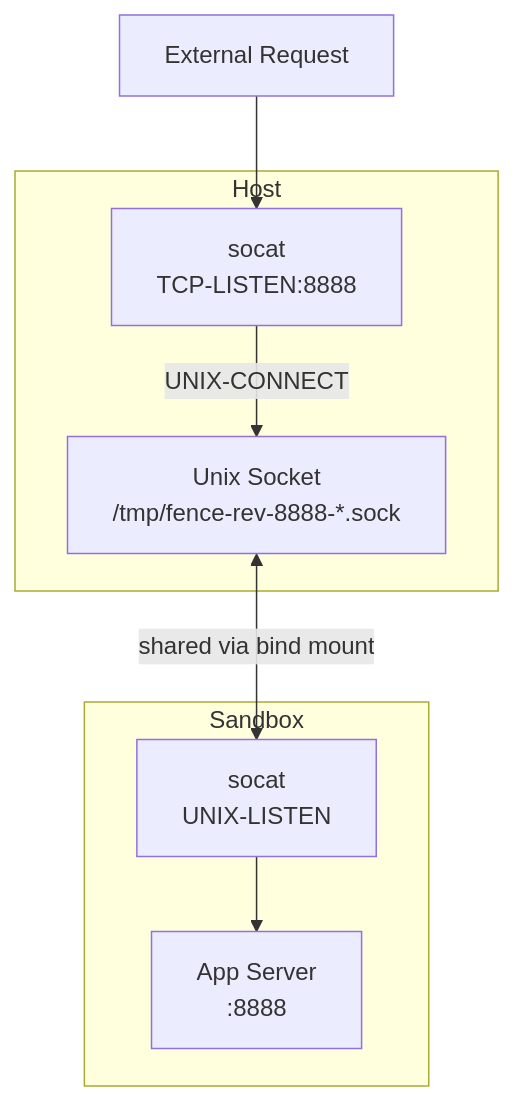
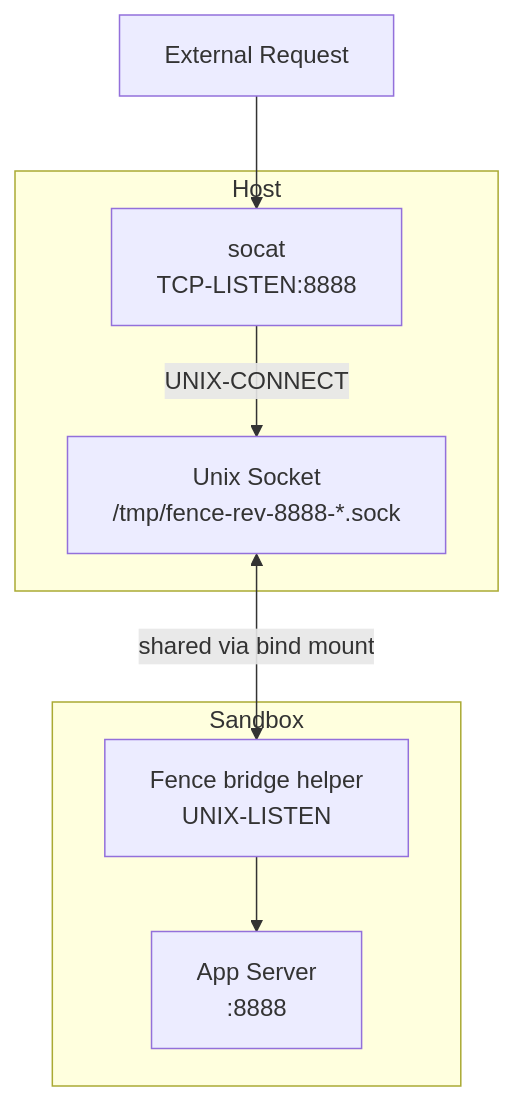
The fourth of 6 diagrams in ARCHITECTURE.md (Use-Tusk/fence), drawn with Mermaid before and after one commit. The commit also changed other lines of this file and 32 other files, not shown here.

````diff
--- a/ARCHITECTURE.md
+++ b/ARCHITECTURE.md
@@ -364,19 +380,19 @@
 ```mermaid
 flowchart TB
     EXT["External Request"]
 
     subgraph Host
         HSOCAT["socat<br/>TCP-LISTEN:8888"]
         USOCK["Unix Socket<br/>/tmp/fence-rev-8888-*.sock"]
     end
 
     subgraph Sandbox
-        ISOCAT["socat<br/>UNIX-LISTEN"]
+        BRIDGE["Fence bridge helper<br/>UNIX-LISTEN"]
         APP["App Server<br/>:8888"]
     end
 
     EXT --> HSOCAT
     HSOCAT -->|UNIX-CONNECT| USOCK
-    USOCK <-->|shared via bind mount| ISOCAT
-    ISOCAT --> APP
+    USOCK <-->|shared via bind mount| BRIDGE
+    BRIDGE --> APP
 ```
````
